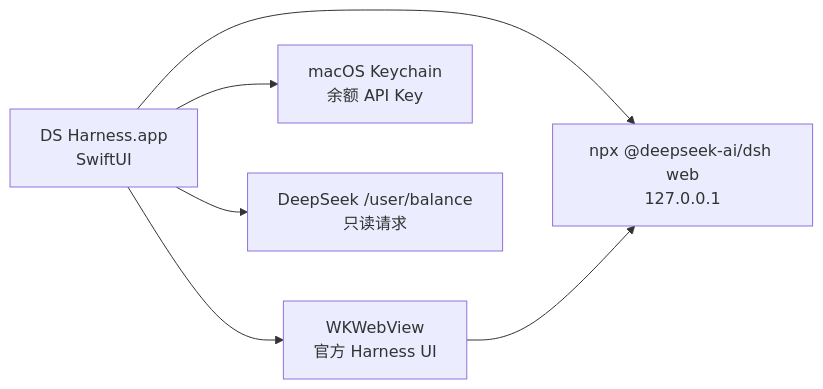
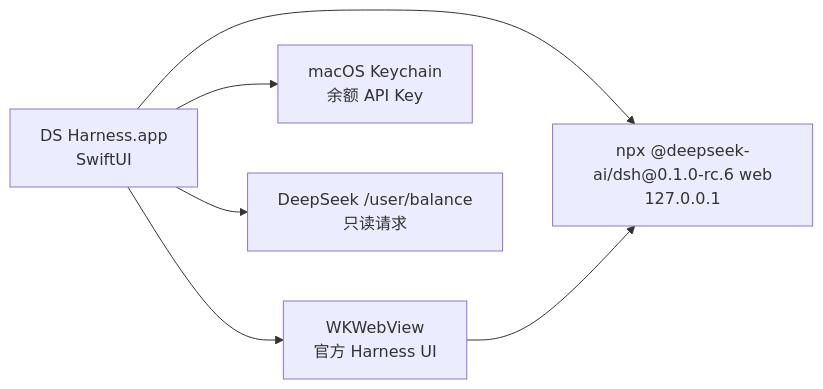
Before and after one commit to nortonyang/HarnessDock: the diagram in README.md, drawn with Mermaid. The commit also changed other lines of this file and 288 other files, not shown here.

````diff
--- a/README.md
+++ b/README.md
@@ -104,8 +132,8 @@
 ```mermaid
 flowchart LR
     A["DS Harness.app<br/>SwiftUI"] --> B["WKWebView<br/>官方 Harness UI"]
-    A --> C["npx @deepseek-ai/dsh web<br/>127.0.0.1"]
+    A --> C["npx @deepseek-ai/dsh@0.1.0-rc.6 web<br/>127.0.0.1"]
     B --> C
     A --> D["macOS Keychain<br/>余额 API Key"]
     A --> E["DeepSeek /user/balance<br/>只读请求"]
 ```
````
